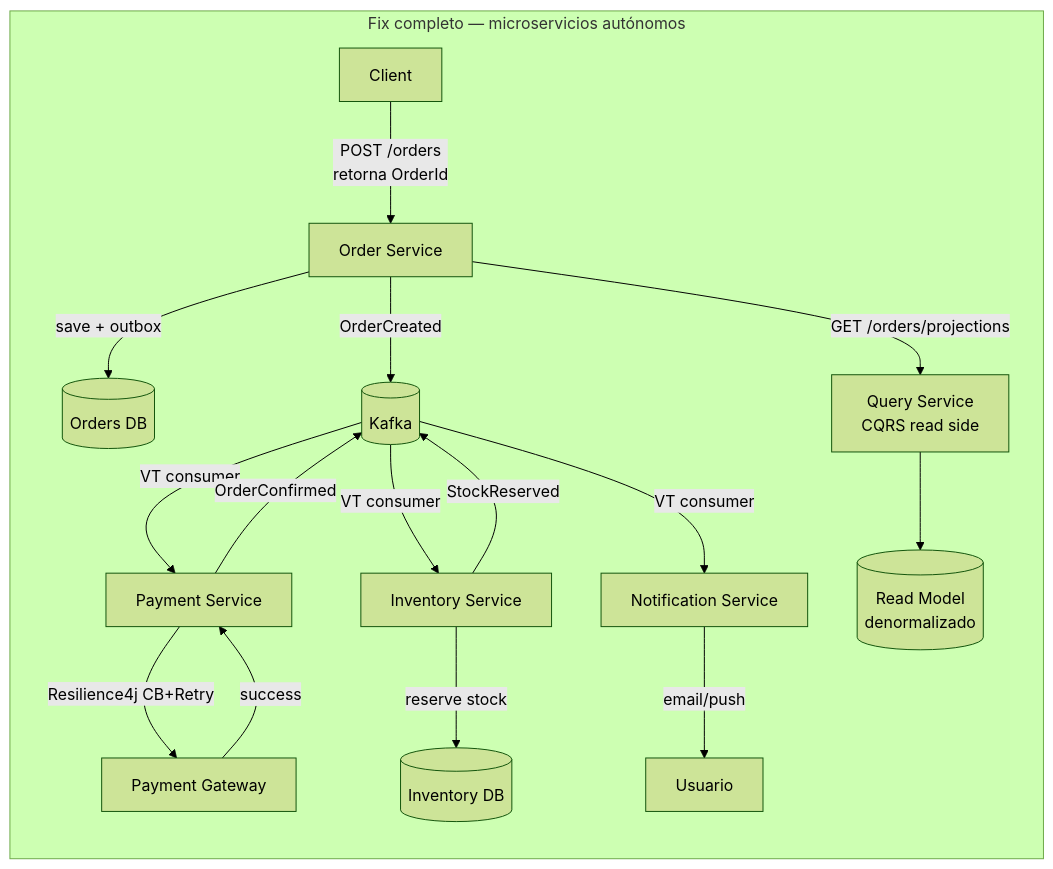
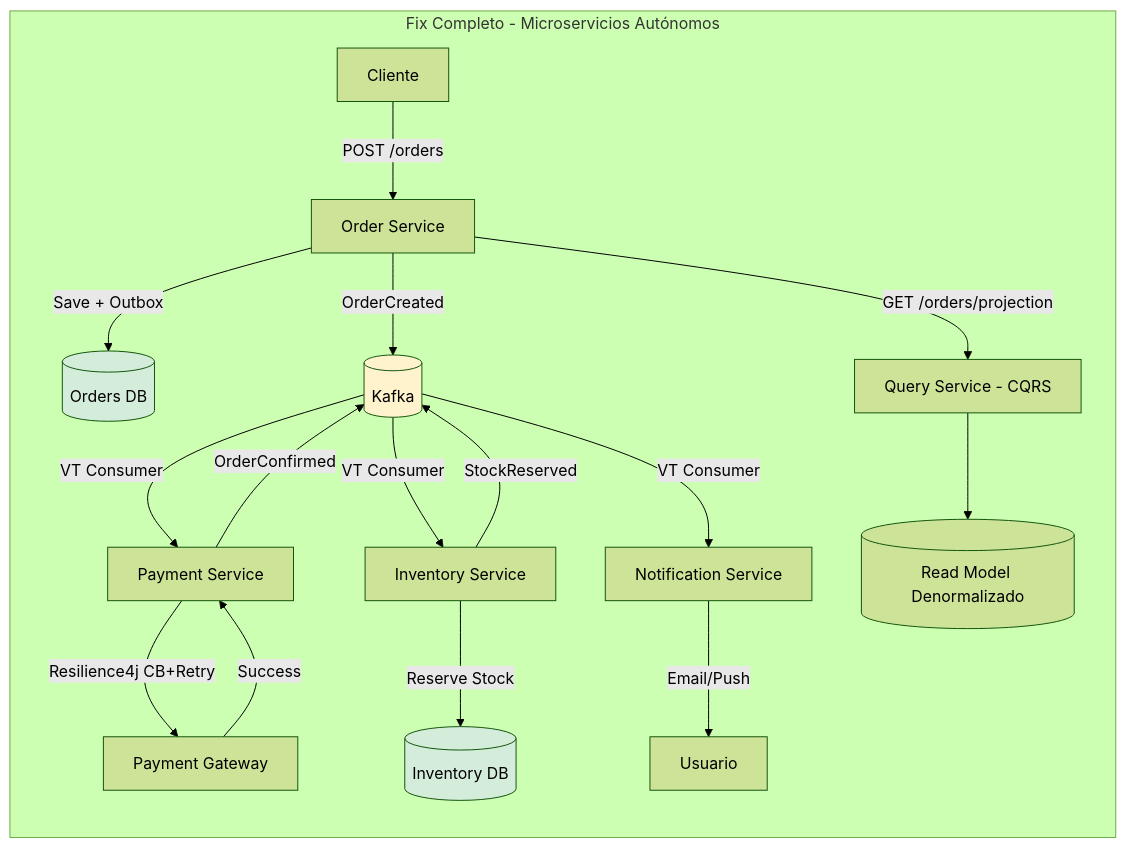
One commit to Joaquinriosheredia/DAM-Java-Mastery changed the second of 4 diagrams in 02_Arquitectura/anti-patterns_en_microservicios_y_como_evitarlos_con_java_21_STAFF.md. Above: the diagram before and after it, drawn with Mermaid (forest theme). The commit also changed other lines of this file, not shown here.

Commit message:
anti-patterns_en_microservicios_y_como_evitarlos_con_java_21_STAFF.md

````diff
--- a/02_Arquitectura/anti-patterns_en_microservicios_y_como_evitarlos_con_java_21_STAFF.md
+++ b/02_Arquitectura/anti-patterns_en_microservicios_y_como_evitarlos_con_java_21_STAFF.md
@@ -429,23 +307,27 @@
 ```mermaid
 graph LR
-    subgraph "Fix completo — microservicios autónomos"
-        CLI[Client] -->|POST /orders\nretorna OrderId| OS[Order Service]
-        OS -->|save + outbox| ODB[(Orders DB)]
+    subgraph "Fix Completo - Microservicios Autónomos"
+        CLI[Cliente] -->|POST /orders| OS[Order Service]
+        OS -->|Save + Outbox| ODB[(Orders DB)]
         OS -->|OrderCreated| KAFKA[(Kafka)]
 
-        KAFKA -->|VT consumer| PS[Payment Service]
+        KAFKA -->|VT Consumer| PS[Payment Service]
         PS -->|Resilience4j CB+Retry| PAY[Payment Gateway]
-        PAY -->|success| PS
+        PAY -->|Success| PS
         PS -->|OrderConfirmed| KAFKA
 
-        KAFKA -->|VT consumer| IS[Inventory Service]
-        IS -->|reserve stock| IDB[(Inventory DB)]
+        KAFKA -->|VT Consumer| IS[Inventory Service]
+        IS -->|Reserve Stock| IDB[(Inventory DB)]
         IS -->|StockReserved| KAFKA
 
-        KAFKA -->|VT consumer| NS[Notification Service]
-        NS -->|email/push| USR[Usuario]
+        KAFKA -->|VT Consumer| NS[Notification Service]
+        NS -->|Email/Push| USR[Usuario]
 
-        OS -->|GET /orders/projections| QS[Query Service\nCQRS read side]
-        QS --> VIEW[(Read Model\ndenormalizado)]
+        OS -->|GET /orders/projection| QS[Query Service - CQRS]
+        QS --> VIEW[(Read Model Denormalizado)]
     end
+    
+    style KAFKA fill:#fff3cd
+    style ODB fill:#d4edda
+    style IDB fill:#d4edda
 ```
````
